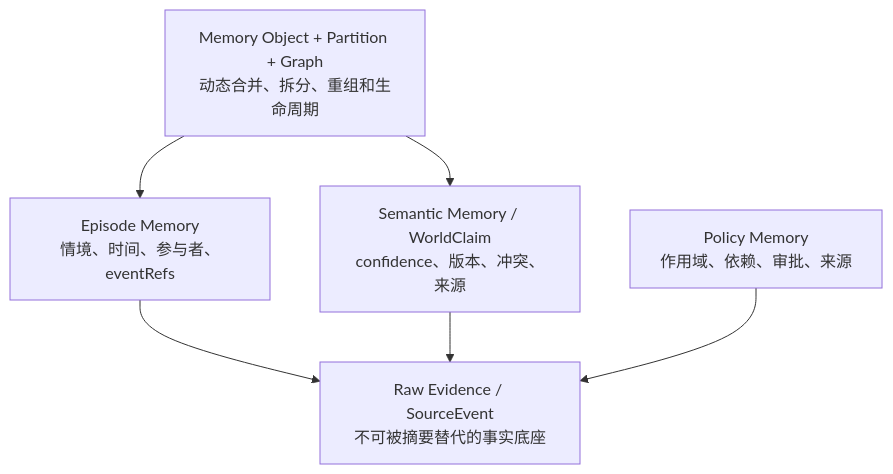
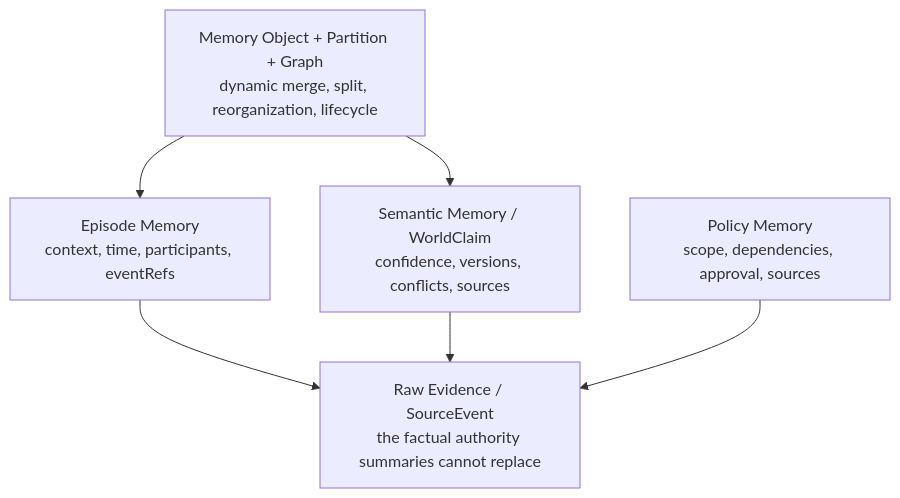
Before and after one commit to MattSureham/memoryd: the second of 3 diagrams in README.md, drawn with Mermaid. The commit also changed other lines of this file and 2 other files, not shown here.

````diff
--- a/README.md
+++ b/README.md
@@ -31,11 +31,11 @@
 ```mermaid
 flowchart TB
-    R["Raw Evidence / SourceEvent<br/>不可被摘要替代的事实底座"]
-    E["Episode Memory<br/>情境、时间、参与者、eventRefs"]
-    S["Semantic Memory / WorldClaim<br/>confidence、版本、冲突、来源"]
-    P["Policy Memory<br/>作用域、依赖、审批、来源"]
-    O["Memory Object + Partition + Graph<br/>动态合并、拆分、重组和生命周期"]
+    R["Raw Evidence / SourceEvent<br/>the factual authority summaries cannot replace"]
+    E["Episode Memory<br/>context, time, participants, eventRefs"]
+    S["Semantic Memory / WorldClaim<br/>confidence, versions, conflicts, sources"]
+    P["Policy Memory<br/>scope, dependencies, approval, sources"]
+    O["Memory Object + Partition + Graph<br/>dynamic merge, split, reorganization, lifecycle"]
     O --> E --> R
     O --> S --> R
     P --> R
 ```
````
